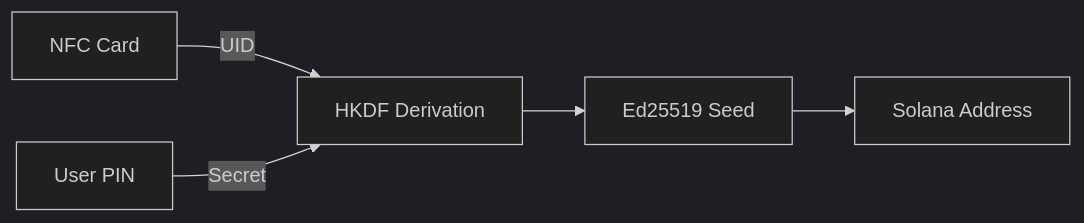
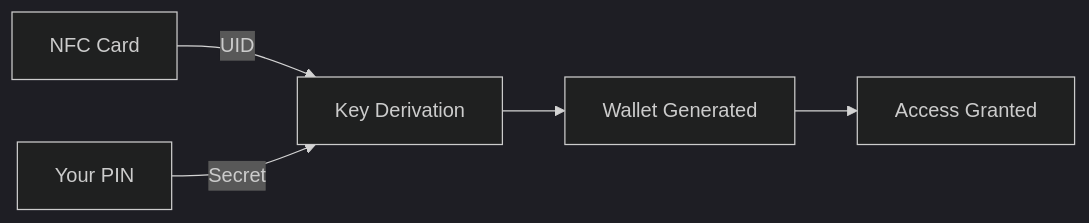
Before and after one commit to Griplock-Labs/docs: the diagram in introduction.mdx, drawn with Mermaid (dark theme). The commit also changed other lines of this file, not shown here.

````diff
--- a/introduction.mdx
+++ b/introduction.mdx
@@ -34,7 +38,7 @@
 ```mermaid
 flowchart LR
-    A[NFC Card] -->|UID| C[HKDF Derivation]
-    B[User PIN] -->|Secret| C
-    C --> D[Ed25519 Seed]
-    D --> E[Solana Address]
+    A[NFC Card] -->|UID| C[Key Derivation]
+    B[Your PIN] -->|Secret| C
+    C --> D[Wallet Generated]
+    D --> E[Access Granted]
 ```
````
